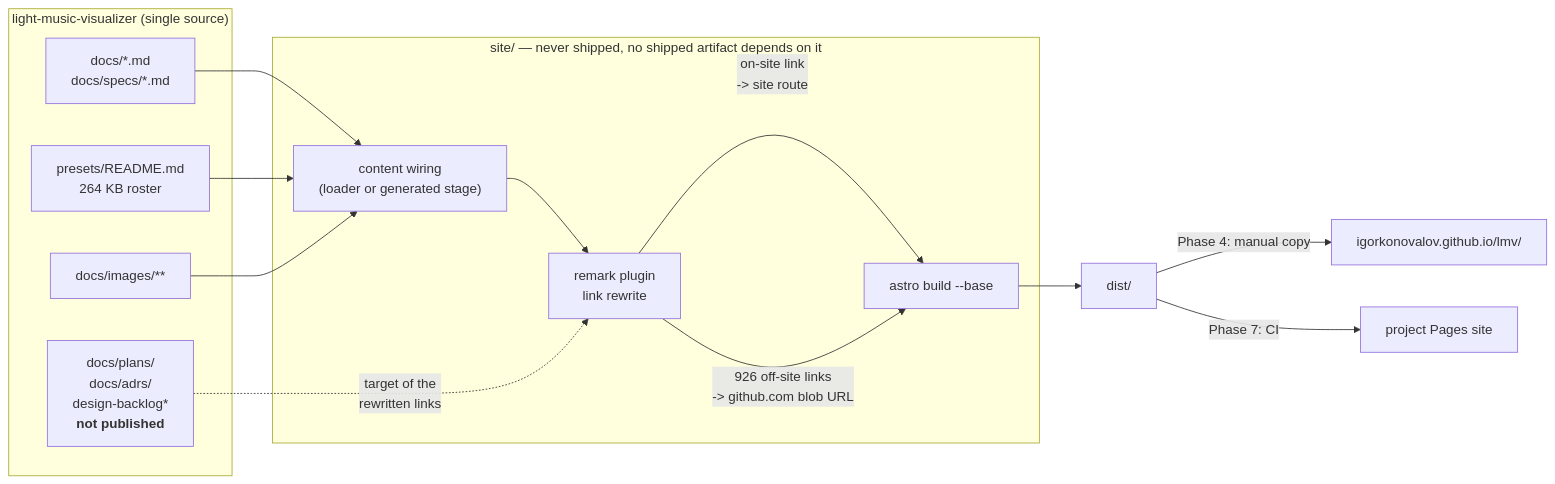
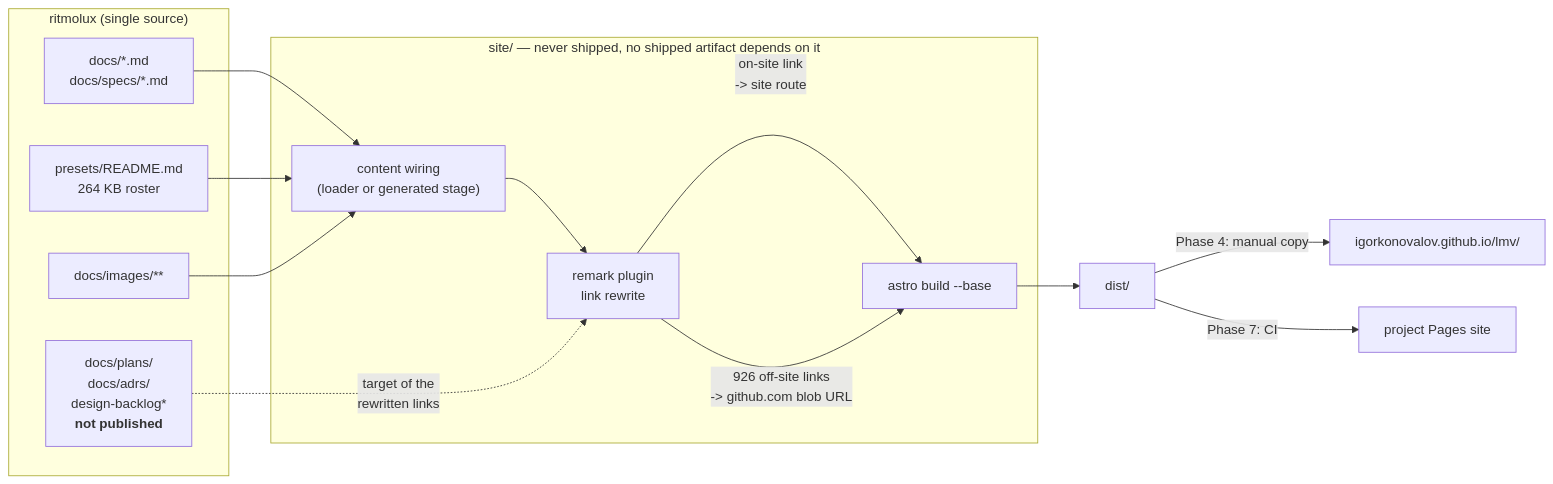
The diagram in docs/plans/0143-the-documentation-gets-a-front-end.md (IgorKonovalov/Ritmolux), drawn with Mermaid before and after one commit. The commit also changed other lines of this file and 101 other files, not shown here.

````diff
--- a/docs/plans/0143-the-documentation-gets-a-front-end.md
+++ b/docs/plans/0143-the-documentation-gets-a-front-end.md
@@ -71,27 +71,27 @@
 ```mermaid
 flowchart LR
-    subgraph repo["light-music-visualizer (single source)"]
+    subgraph repo["ritmolux (single source)"]
         DOCS["docs/*.md<br/>docs/specs/*.md"]
         ROSTER["presets/README.md<br/>264 KB roster"]
         IMG["docs/images/**"]
         WORKING["docs/plans/<br/>docs/adrs/<br/>design-backlog*<br/><b>not published</b>"]
     end
 
     subgraph site["site/ — never shipped, no shipped artifact depends on it"]
         LOADER["content wiring<br/>(loader or generated stage)"]
         REMARK["remark plugin<br/>link rewrite"]
         BUILD["astro build --base"]
     end
 
     DOCS --> LOADER
     ROSTER --> LOADER
     IMG --> LOADER
     LOADER --> REMARK
     REMARK -->|"on-site link<br/>-> site route"| BUILD
     REMARK -->|"926 off-site links<br/>-> github.com blob URL"| BUILD
     WORKING -.->|"target of the<br/>rewritten links"| REMARK
 
     BUILD --> DIST["dist/"]
     DIST -->|"Phase 4: manual copy"| PERSONAL["igorkonovalov.github.io/lmv/"]
     DIST -->|"Phase 7: CI"| PROJECT["project Pages site"]
 ```
````
